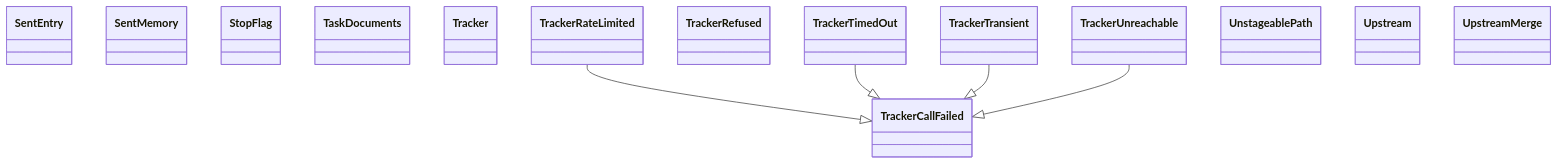
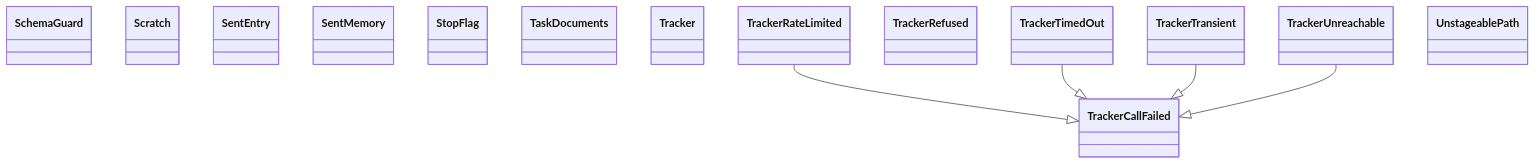
Before and after one commit to GonzaloZevallos/agentic-system: the diagram in docs/architecture/generated/classes-process-application-support-5.md, drawn with Mermaid. The commit also changed other lines of this file and 23 other files, not shown here.

````diff
--- a/docs/architecture/generated/classes-process-application-support-5.md
+++ b/docs/architecture/generated/classes-process-application-support-5.md
@@ -16,21 +16,21 @@
 ```mermaid
 classDiagram
+    class ports__SchemaGuard["SchemaGuard"]
+    class ports__Scratch["Scratch"]
     class ports__SentEntry["SentEntry"]
     class ports__SentMemory["SentMemory"]
     class ports__StopFlag["StopFlag"]
     class ports__TaskDocuments["TaskDocuments"]
     class ports__Tracker["Tracker"]
     class ports__TrackerCallFailed["TrackerCallFailed"]
     class ports__TrackerRateLimited["TrackerRateLimited"]
     class ports__TrackerRefused["TrackerRefused"]
     class ports__TrackerTimedOut["TrackerTimedOut"]
     class ports__TrackerTransient["TrackerTransient"]
     class ports__TrackerUnreachable["TrackerUnreachable"]
     class ports__UnstageablePath["UnstageablePath"]
-    class ports__Upstream["Upstream"]
-    class ports__UpstreamMerge["UpstreamMerge"]
     ports__TrackerRateLimited --|> ports__TrackerCallFailed
     ports__TrackerTimedOut --|> ports__TrackerCallFailed
     ports__TrackerTransient --|> ports__TrackerCallFailed
     ports__TrackerUnreachable --|> ports__TrackerCallFailed
 ```
````
